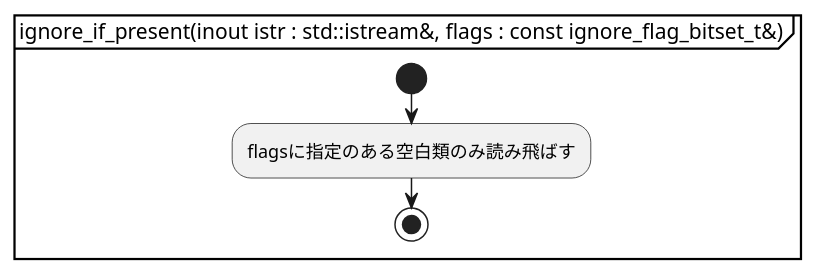
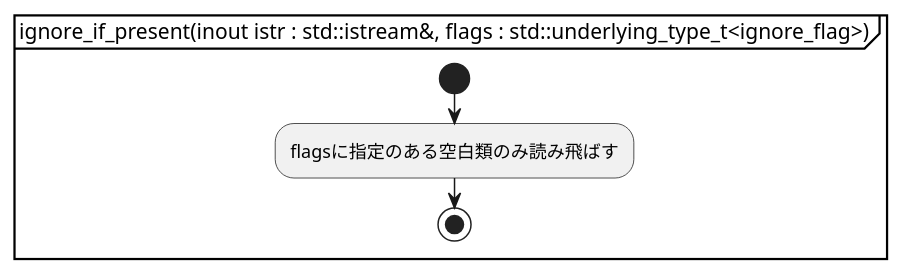
The ninth of 11 diagrams in document/parser.activity.pu (KodaiYM/PDFReader), drawn with PlantUML before and after one commit. The commit also changed 1 other file, not shown here.

Commit message:
fix second argument type of `ignore_if_present' from `const ignore_flag_bitset_t&' to `std::underlying_type_t<ignore_flag>' on activity diagram

```diff
--- a/document/parser.activity.pu
+++ b/document/parser.activity.pu
@@ -219,7 +219,7 @@
 @startuml ignore_if_present
-partition "ignore_if_present(inout istr : std::istream&, flags : const ignore_flag_bitset_t&)" {
+partition "ignore_if_present(inout istr : std::istream&, flags : std::underlying_type_t<ignore_flag>)" {
 start
 	:flagsに指定のある空白類のみ読み飛ばす;
 stop
 }
 @enduml
```
